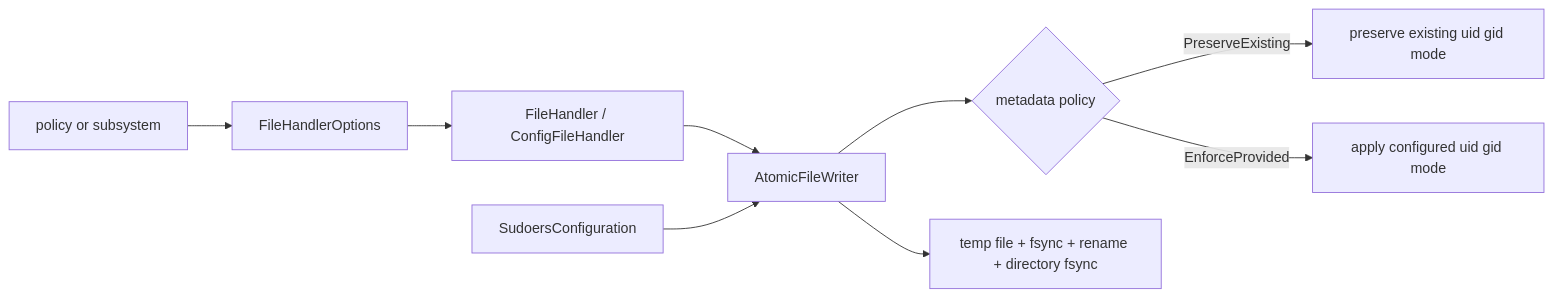
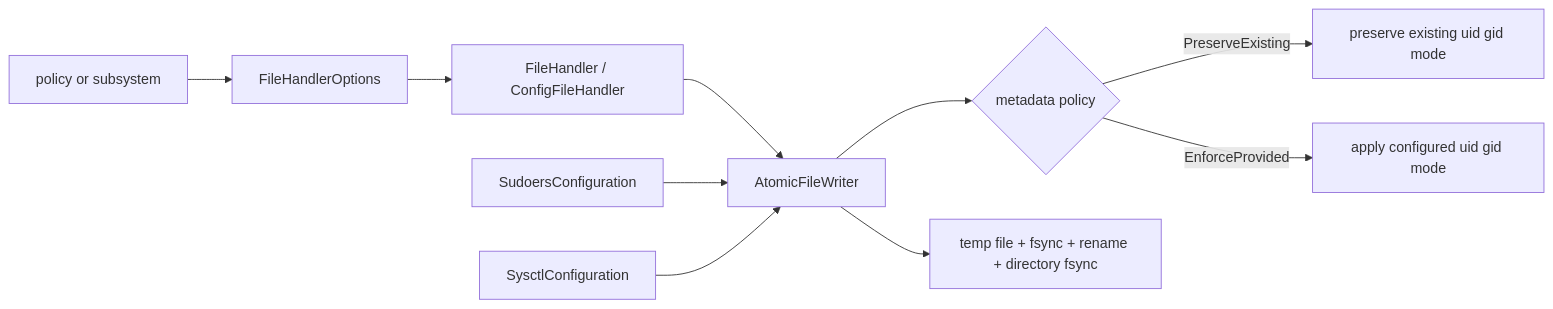
The eighth of 14 diagrams in docs/architecture-diagrams.md (RevoltStar/FIC), drawn with Mermaid before and after one commit. The commit also changed other lines of this file and 9 other files, not shown here.

````diff
--- a/docs/architecture-diagrams.md
+++ b/docs/architecture-diagrams.md
@@ -267,11 +267,12 @@
 ```mermaid
 flowchart LR
     policy[policy or subsystem] --> options[FileHandlerOptions]
     options --> handler[FileHandler / ConfigFileHandler]
     handler --> writer[AtomicFileWriter]
     sudoGraph[SudoersConfiguration] --> writer
+    sysctlGraph[SysctlConfiguration] --> writer
     writer --> metadata{metadata policy}
     metadata -->|PreserveExisting| preserve[preserve existing uid gid mode]
     metadata -->|EnforceProvided| enforce[apply configured uid gid mode]
     writer --> durable[temp file + fsync + rename + directory fsync]
 ```
````
